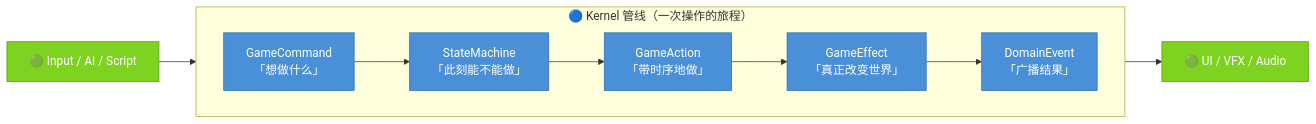
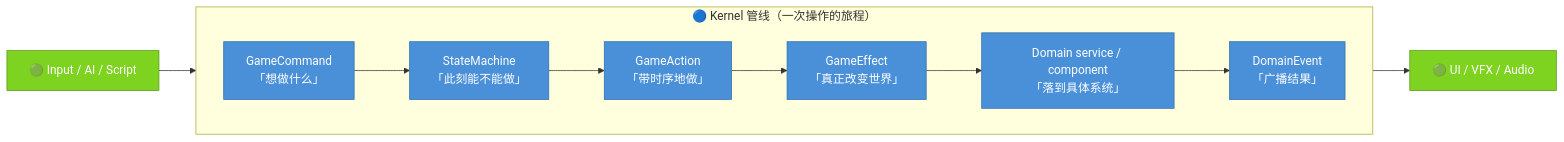
The second of 5 diagrams in docs/concepts.md (xiaofeiqiu/mkit), drawn with Mermaid before and after one commit. The commit also changed other lines of this file and 32 other files, not shown here.

````diff
--- a/docs/concepts.md
+++ b/docs/concepts.md
@@ -17,17 +55,18 @@
 ```mermaid
 flowchart LR
     IN["🟢 Input / AI / Script"] --> CMD
     subgraph K ["🔵 Kernel 管线（一次操作的旅程）"]
         direction LR
         CMD["GameCommand\n「想做什么」"] --> ST["StateMachine\n「此刻能不能做」"]
         ST --> ACT["GameAction\n「带时序地做」"]
         ACT --> EFF["GameEffect\n「真正改变世界」"]
-        EFF --> EVT["DomainEvent\n「广播结果」"]
+        EFF --> DOM["Domain service / component\n「落到具体系统」"]
+        DOM --> EVT["DomainEvent\n「广播结果」"]
     end
     EVT --> OUT["🟢 UI / VFX / Audio"]
 
     classDef mkitCore fill:#4A90D9,color:#fff,stroke:#2C6FAC
     classDef userOwned fill:#7ED321,color:#fff,stroke:#5A9A18
-    class CMD,ST,ACT,EFF,EVT mkitCore
+    class CMD,ST,ACT,EFF,DOM,EVT mkitCore
     class IN,OUT userOwned
 ```
````
